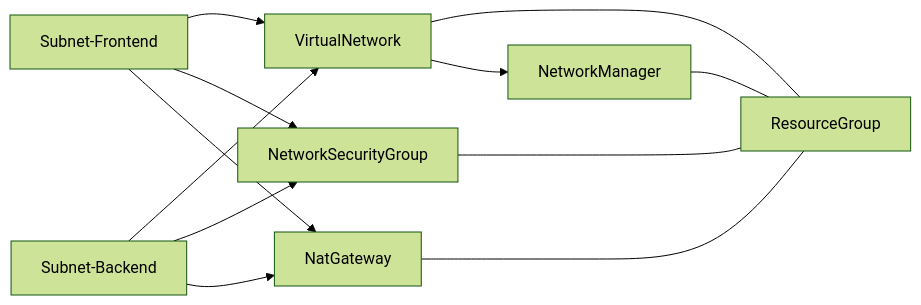
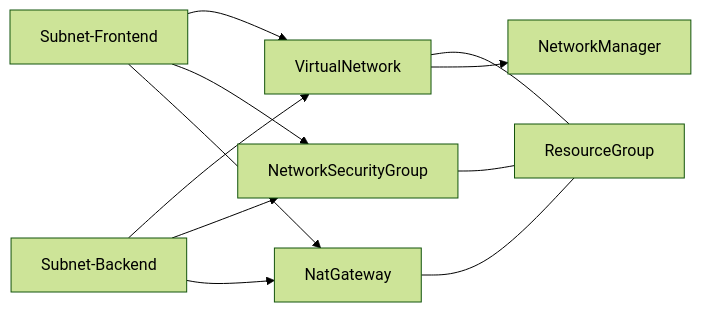
The diagram in README.md (sjovang/breezy-devconf-2025), drawn with Mermaid (forest theme) before and after one commit.

Commit message:
remove vnm

````diff
--- a/README.md
+++ b/README.md
@@ -7,14 +7,13 @@
 ```mermaid
 flowchart LR
     VirtualNetwork --- ResourceGroup
     NatGateway --- ResourceGroup 
     NetworkSecurityGroup --- ResourceGroup
-    NetworkManager --- ResourceGroup
     VirtualNetwork --> NetworkManager
     Subnet-Frontend --> VirtualNetwork
     Subnet-Backend --> VirtualNetwork
     Subnet-Frontend --> NetworkSecurityGroup
     Subnet-Backend --> NetworkSecurityGroup
     Subnet-Frontend --> NatGateway
     Subnet-Backend --> NatGateway
 ```
````
